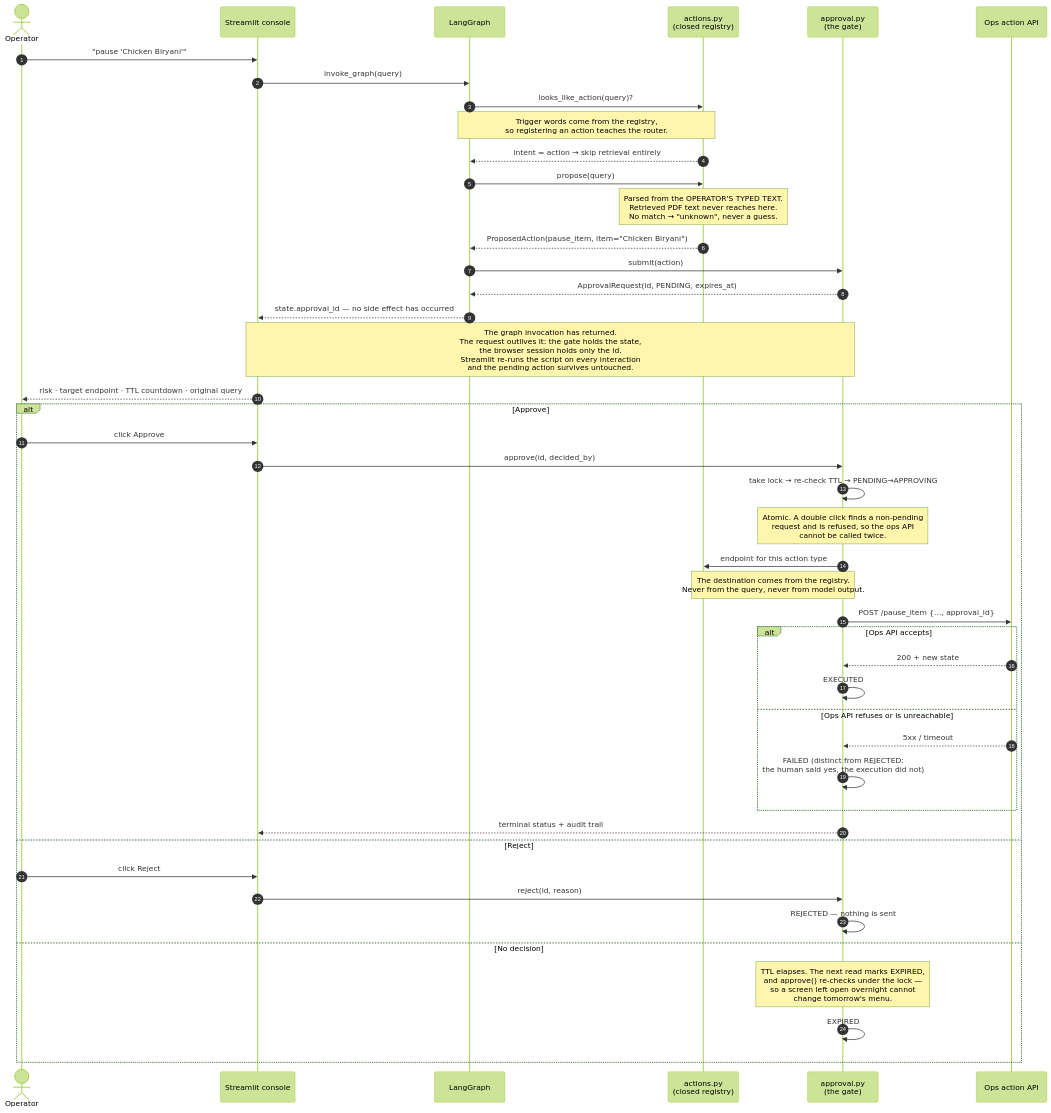
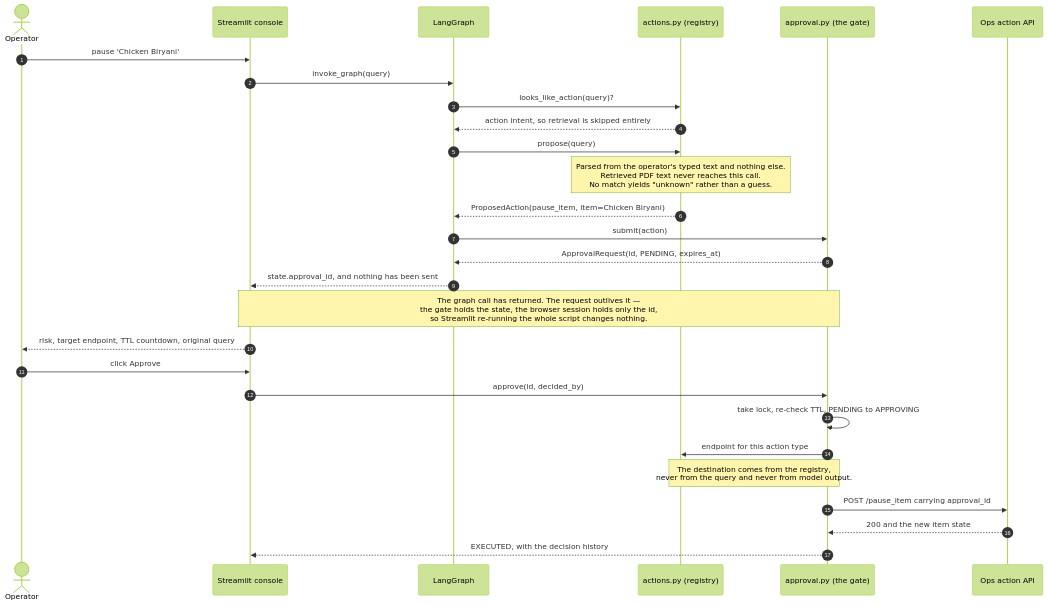
The first of 2 diagrams in README.md (dev-sas002/agentic-knowledge-assistant), drawn with Mermaid (forest theme) before and after one commit. The commit also changed other lines of this file, not shown here.

````diff
--- a/README.md
+++ b/README.md
@@ -118,51 +60,31 @@
 ```mermaid
 sequenceDiagram
     autonumber
     actor Op as Operator
     participant UI as Streamlit console
-    participant GR as LangGraph
-    participant AC as actions.py<br/>(closed registry)
-    participant GA as approval.py<br/>(the gate)
-    participant API as Ops action API
+    participant G as LangGraph
+    participant REG as actions.py (registry)
+    participant GATE as approval.py (the gate)
+    participant OPS as Ops action API
 
-    Op->>UI: "pause 'Chicken Biryani'"
-    UI->>GR: invoke_graph(query)
-    GR->>AC: looks_like_action(query)?
-    Note over GR,AC: Trigger words come from the registry,<br/>so registering an action teaches the router.
-    AC-->>GR: intent = action → skip retrieval entirely
-    GR->>AC: propose(query)
-    Note over AC: Parsed from the OPERATOR'S TYPED TEXT.<br/>Retrieved PDF text never reaches here.<br/>No match → "unknown", never a guess.
-    AC-->>GR: ProposedAction(pause_item, item="Chicken Biryani")
-    GR->>GA: submit(action)
-    GA-->>GR: ApprovalRequest(id, PENDING, expires_at)
-    GR-->>UI: state.approval_id — no side effect has occurred
-
-    Note over UI,GA: The graph invocation has returned.<br/>The request outlives it: the gate holds the state,<br/>the browser session holds only the id.<br/>Streamlit re-runs the script on every interaction<br/>and the pending action survives untouched.
-
-    UI-->>Op: risk · target endpoint · TTL countdown · original query
-
-    alt Approve
-        Op->>UI: click Approve
-        UI->>GA: approve(id, decided_by)
-        GA->>GA: take lock → re-check TTL → PENDING→APPROVING
-        Note over GA: Atomic. A double click finds a non-pending<br/>request and is refused, so the ops API<br/>cannot be called twice.
-        GA->>AC: endpoint for this action type
-        Note over GA,AC: The destination comes from the registry.<br/>Never from the query, never from model output.
-        GA->>API: POST /pause_item {…, approval_id}
-        alt Ops API accepts
-            API-->>GA: 200 + new state
-            GA->>GA: EXECUTED
-        else Ops API refuses or is unreachable
-            API-->>GA: 5xx / timeout
-            GA->>GA: FAILED (distinct from REJECTED:<br/>the human said yes, the execution did not)
-        end
-        GA-->>UI: terminal status + audit trail
-    else Reject
-        Op->>UI: click Reject
-        UI->>GA: reject(id, reason)
-        GA->>GA: REJECTED — nothing is sent
-    else No decision
-        Note over GA: TTL elapses. The next read marks EXPIRED,<br/>and approve() re-checks under the lock —<br/>so a screen left open overnight cannot<br/>change tomorrow's menu.
-        GA->>GA: EXPIRED
-    end
+    Op->>UI: pause 'Chicken Biryani'
+    UI->>G: invoke_graph(query)
+    G->>REG: looks_like_action(query)?
+    REG-->>G: action intent, so retrieval is skipped entirely
+    G->>REG: propose(query)
+    Note over REG: Parsed from the operator's typed text and nothing else.<br/>Retrieved PDF text never reaches this call.<br/>No match yields "unknown" rather than a guess.
+    REG-->>G: ProposedAction(pause_item, item=Chicken Biryani)
+    G->>GATE: submit(action)
+    GATE-->>G: ApprovalRequest(id, PENDING, expires_at)
+    G-->>UI: state.approval_id, and nothing has been sent
+    Note over UI,GATE: The graph call has returned. The request outlives it —<br/>the gate holds the state, the browser session holds only the id,<br/>so Streamlit re-running the whole script changes nothing.
+    UI-->>Op: risk, target endpoint, TTL countdown, original query
+    Op->>UI: click Approve
+    UI->>GATE: approve(id, decided_by)
+    GATE->>GATE: take lock, re-check TTL, PENDING to APPROVING
+    GATE->>REG: endpoint for this action type
+    Note over GATE,REG: The destination comes from the registry,<br/>never from the query and never from model output.
+    GATE->>OPS: POST /pause_item carrying approval_id
+    OPS-->>GATE: 200 and the new item state
+    GATE-->>UI: EXECUTED, with the decision history
 ```
````
